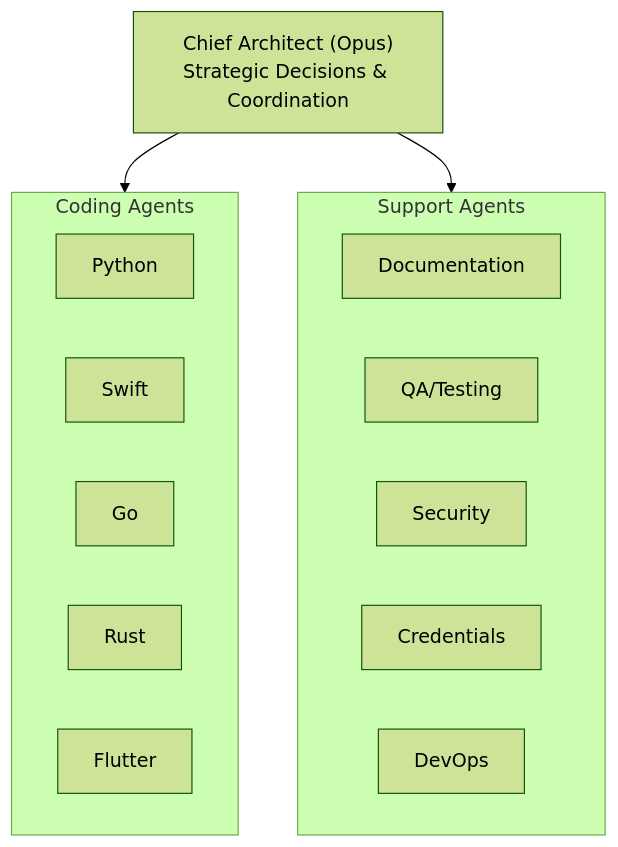
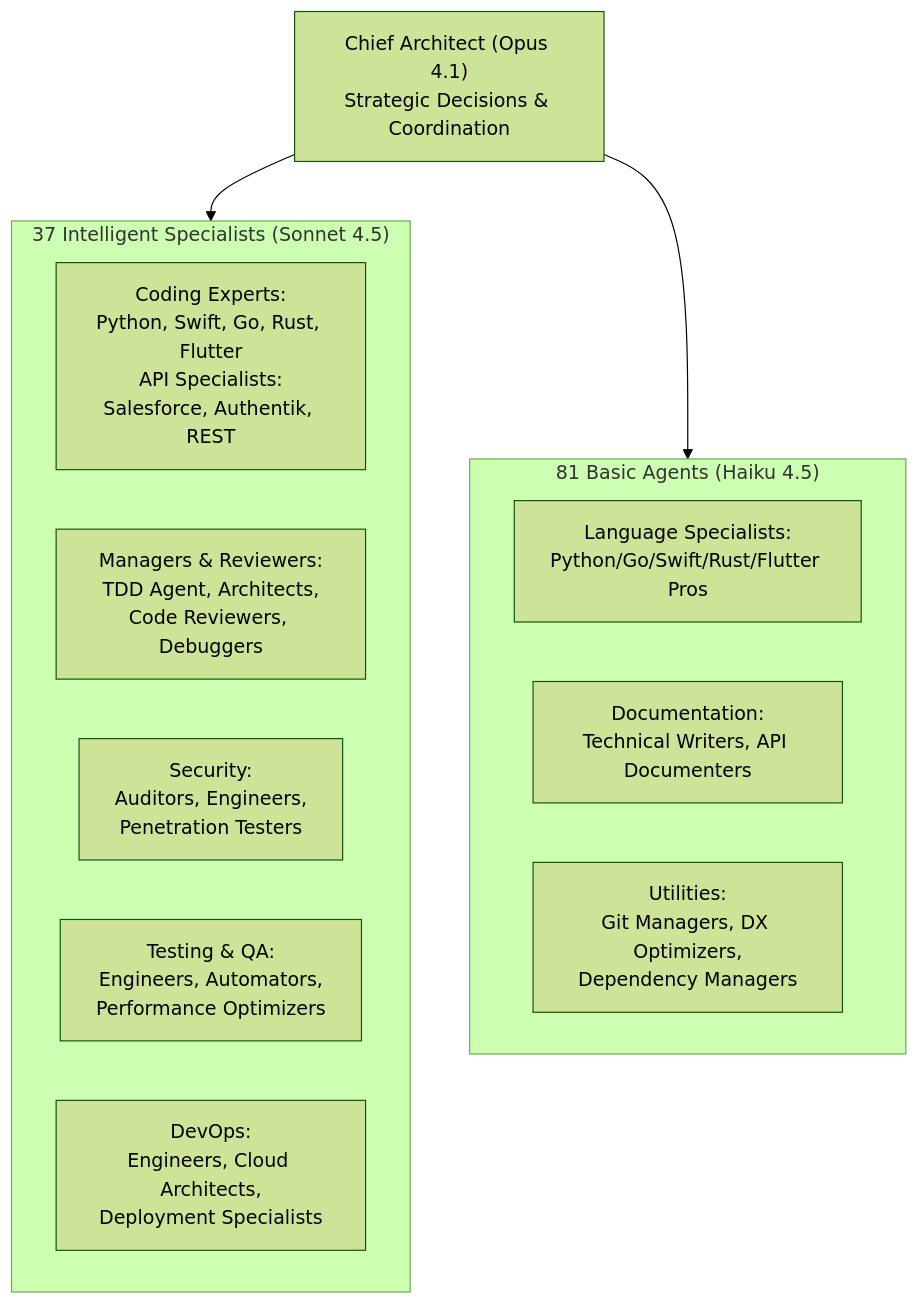
Before and after one commit to visiquate/cco: the diagram in docs/ORCHESTRA_USAGE_GUIDE.md, drawn with Mermaid (forest theme). The commit also changed other lines of this file and 46 other files, not shown here.

````diff
--- a/docs/ORCHESTRA_USAGE_GUIDE.md
+++ b/docs/ORCHESTRA_USAGE_GUIDE.md
@@ -12,23 +13,21 @@
 ```mermaid
 graph TD
-    Architect["Chief Architect (Opus)<br/>Strategic Decisions & Coordination"]
+    Architect["Chief Architect (Opus 4.1)<br/>Strategic Decisions & Coordination"]
 
-    subgraph CodingAgents["Coding Agents"]
-        Python["Python"]
-        Swift["Swift"]
-        Go["Go"]
-        Rust["Rust"]
-        Flutter["Flutter"]
+    subgraph IntelligentSpecialists["37 Intelligent Specialists (Sonnet 4.5)"]
+        CodingExperts["Coding Experts:<br/>Python, Swift, Go, Rust, Flutter<br/>API Specialists:<br/>Salesforce, Authentik, REST"]
+        Managers["Managers & Reviewers:<br/>TDD Agent, Architects,<br/>Code Reviewers, Debuggers"]
+        Security["Security:<br/>Auditors, Engineers,<br/>Penetration Testers"]
+        QA["Testing & QA:<br/>Engineers, Automators,<br/>Performance Optimizers"]
+        DevOps["DevOps:<br/>Engineers, Cloud Architects,<br/>Deployment Specialists"]
     end
 
-    subgraph SupportAgents["Support Agents"]
-        Documentation["Documentation"]
-        QA["QA/Testing"]
-        Security["Security"]
-        Credentials["Credentials"]
-        DevOps["DevOps"]
+    subgraph BasicAgents["81 Basic Agents (Haiku 4.5)"]
+        LanguageSpecialists["Language Specialists:<br/>Python/Go/Swift/Rust/Flutter Pros"]
+        Documentation["Documentation:<br/>Technical Writers, API Documenters"]
+        Utilities["Utilities:<br/>Git Managers, DX Optimizers,<br/>Dependency Managers"]
     end
 
-    Architect --> CodingAgents
-    Architect --> SupportAgents
+    Architect --> IntelligentSpecialists
+    Architect --> BasicAgents
 ```
````
